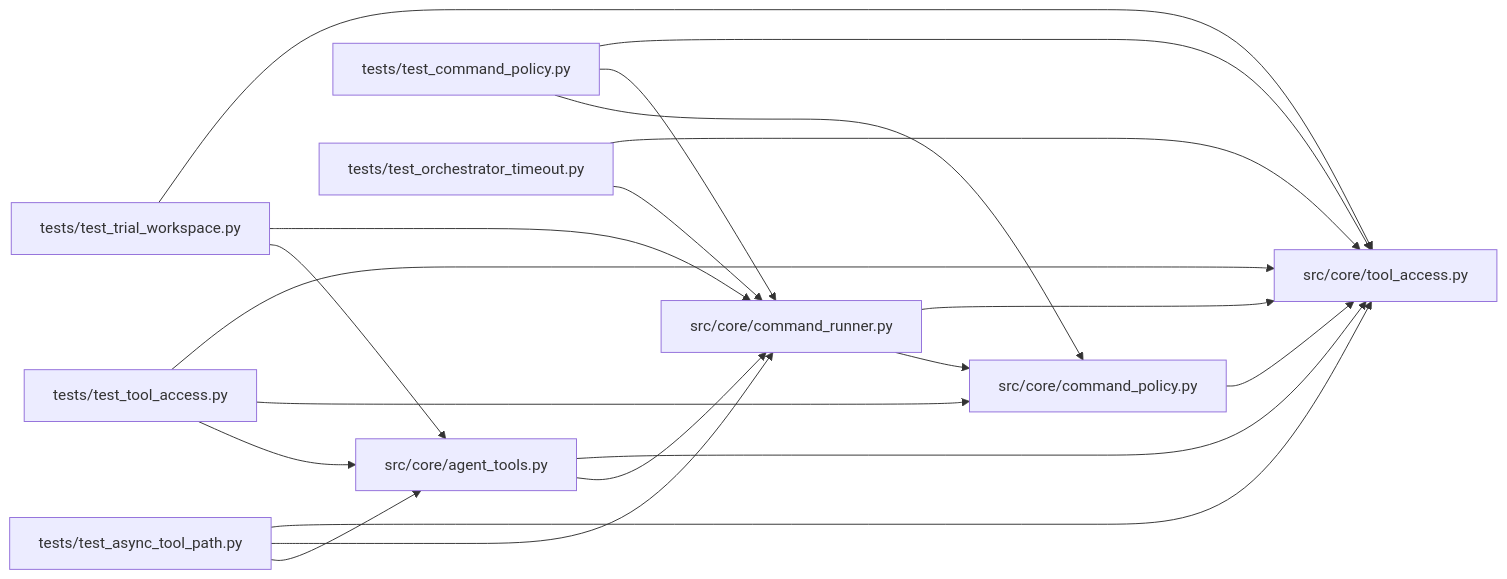
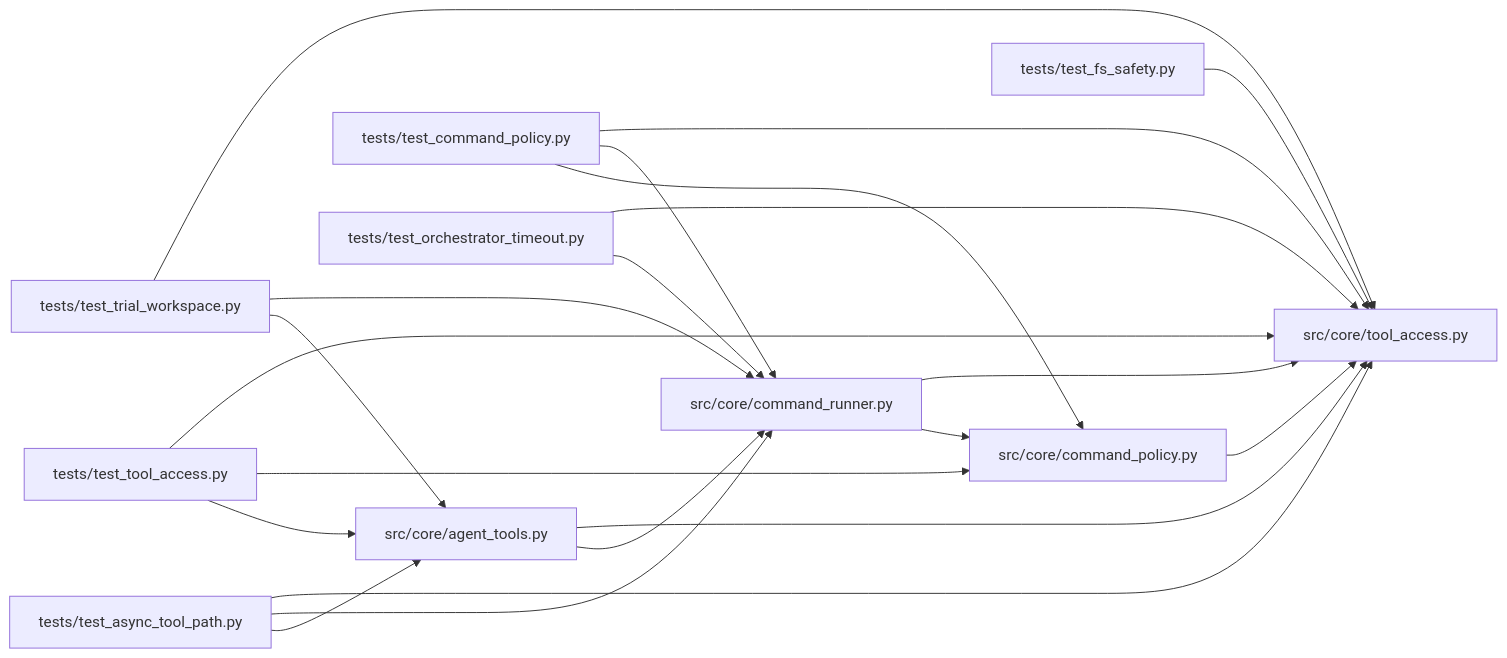
Before and after one commit to Denissvgn/autoresearch-agent: the diagram in docs/llm_wiki/modules/tool_access.md, drawn with Mermaid. The commit also changed other lines of this file and 34 other files, not shown here.

````diff
--- a/docs/llm_wiki/modules/tool_access.md
+++ b/docs/llm_wiki/modules/tool_access.md
@@ -49,40 +50,43 @@
 ```mermaid
 flowchart LR
     n0["src/core/agent_tools.py"]
     n1["src/core/command_policy.py"]
     n2["src/core/command_runner.py"]
     n3["src/core/tool_access.py"]
     n4["tests/test_async_tool_path.py"]
     n5["tests/test_command_policy.py"]
-    n6["tests/test_orchestrator_timeout.py"]
-    n7["tests/test_tool_access.py"]
-    n8["tests/test_trial_workspace.py"]
+    n6["tests/test_fs_safety.py"]
+    n7["tests/test_orchestrator_timeout.py"]
+    n8["tests/test_tool_access.py"]
+    n9["tests/test_trial_workspace.py"]
     n0 --> n2
     n0 --> n3
     n1 --> n3
     n2 --> n1
     n2 --> n3
     n4 --> n0
     n4 --> n2
     n4 --> n3
     n5 --> n1
     n5 --> n2
     n5 --> n3
-    n6 --> n2
     n6 --> n3
-    n7 --> n0
-    n7 --> n1
+    n7 --> n2
     n7 --> n3
     n8 --> n0
-    n8 --> n2
+    n8 --> n1
     n8 --> n3
+    n9 --> n0
+    n9 --> n2
+    n9 --> n3
     click n0 "../modules/agent_tools.md"
     click n1 "../modules/command_policy.md"
     click n2 "../modules/command_runner.md"
     click n3 "../modules/tool_access.md"
     click n4 "../modules/test_async_tool_path.md"
     click n5 "../modules/test_command_policy.md"
-    click n6 "../modules/test_orchestrator_timeout.md"
-    click n7 "../modules/test_tool_access.md"
-    click n8 "../modules/test_trial_workspace.md"
+    click n6 "../modules/test_fs_safety.md"
+    click n7 "../modules/test_orchestrator_timeout.md"
+    click n8 "../modules/test_tool_access.md"
+    click n9 "../modules/test_trial_workspace.md"
 ```
````
